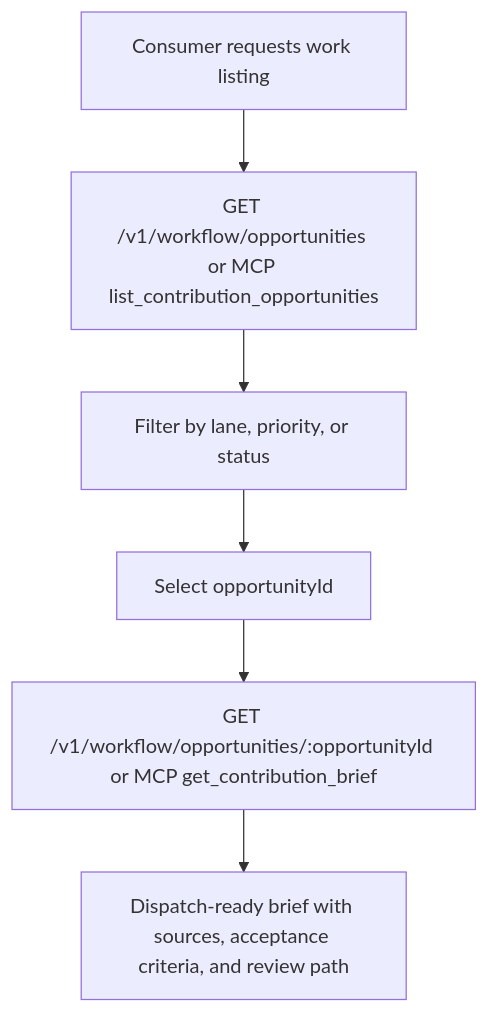
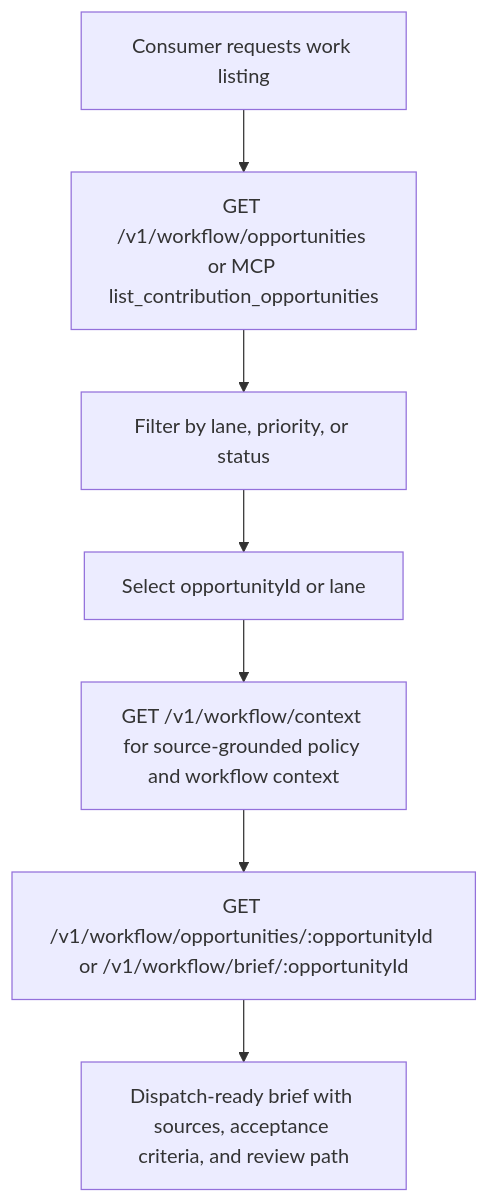
One commit to Bittrees-Technology/agent changed the fourth of 7 diagrams in docs/agent-onboarding-interface-contracts.md. Above: the diagram before and after it, drawn with Mermaid. The commit also changed other lines of this file and 2 other files, not shown here.

Commit message:
docs(portal): close workflow contract gaps

````diff
--- a/docs/agent-onboarding-interface-contracts.md
+++ b/docs/agent-onboarding-interface-contracts.md
@@ -503,8 +509,9 @@
 ```mermaid
 flowchart TD
   A[Consumer requests work listing] --> B[GET /v1/workflow/opportunities or MCP list_contribution_opportunities]
   B --> C[Filter by lane, priority, or status]
-  C --> D[Select opportunityId]
-  D --> E[GET /v1/workflow/opportunities/:opportunityId or MCP get_contribution_brief]
-  E --> F[Dispatch-ready brief with sources, acceptance criteria, and review path]
+  C --> D[Select opportunityId or lane]
+  D --> E[GET /v1/workflow/context for source-grounded policy and workflow context]
+  E --> F[GET /v1/workflow/opportunities/:opportunityId or /v1/workflow/brief/:opportunityId]
+  F --> G[Dispatch-ready brief with sources, acceptance criteria, and review path]
 ```
````
